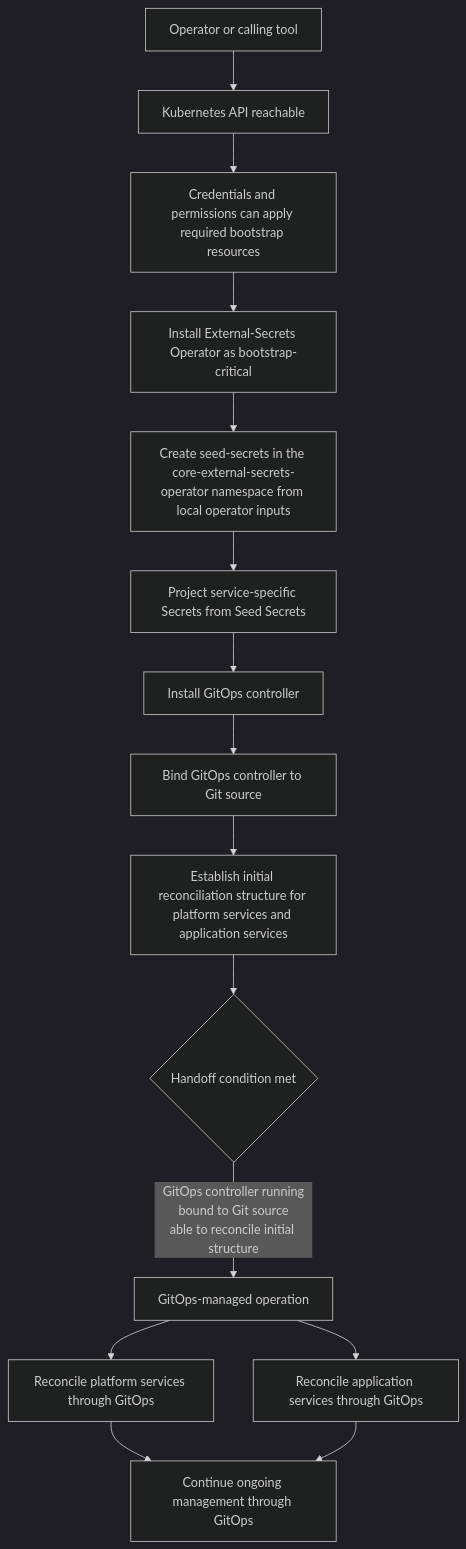
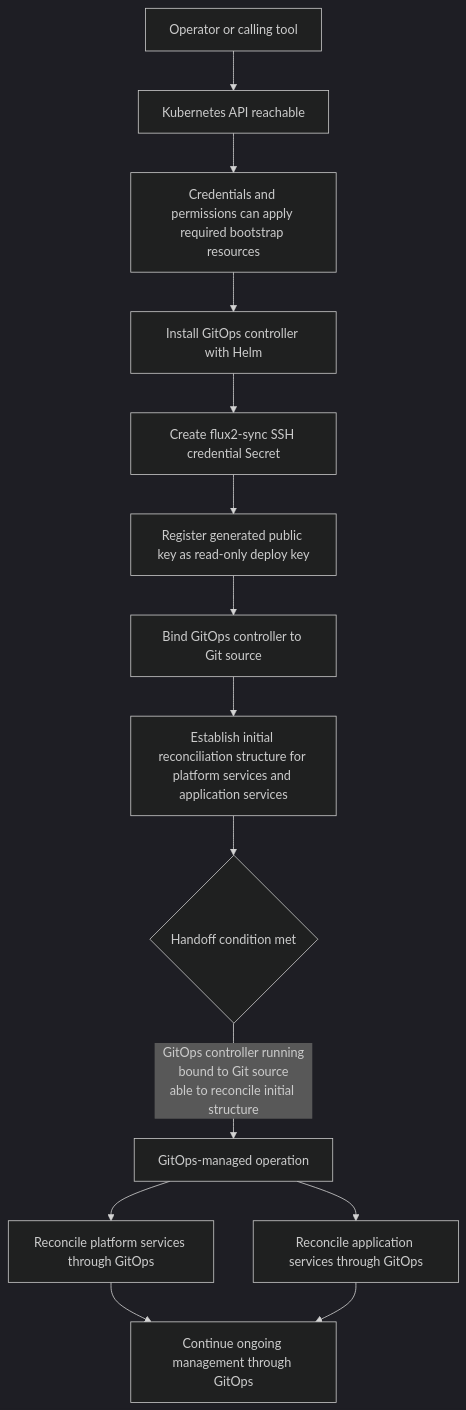
The diagram in docs/bootstrap-installation-contract.md (42aei/kubecrate), drawn with Mermaid (dark theme) before and after one commit. The commit also changed other lines of this file and 7 other files, not shown here.

````diff
--- a/docs/bootstrap-installation-contract.md
+++ b/docs/bootstrap-installation-contract.md
@@ -128,22 +128,21 @@
 ```mermaid
 flowchart TD
     A[Operator or calling tool]
     B[Kubernetes API reachable]
     C[Credentials and permissions can apply required bootstrap resources]
-    D[Install External-Secrets Operator as bootstrap-critical]
-    E[Create seed-secrets in the core-external-secrets-operator namespace from local operator inputs]
-    F[Project service-specific Secrets from Seed Secrets]
-    G[Install GitOps controller]
-    H[Bind GitOps controller to Git source]
-    I[Establish initial reconciliation structure for platform services and application services]
+    D[Install GitOps controller with Helm]
+    E[Create flux2-sync SSH credential Secret]
+    F[Register generated public key as read-only deploy key]
+    G[Bind GitOps controller to Git source]
+    H[Establish initial reconciliation structure for platform services and application services]
     J{Handoff condition met}
     K[GitOps-managed operation]
     L[Reconcile platform services through GitOps]
     M[Reconcile application services through GitOps]
     N[Continue ongoing management through GitOps]
 
-    A --> B --> C --> D --> E --> F --> G --> H --> I --> J
+    A --> B --> C --> D --> E --> F --> G --> H --> J
     J -->|GitOps controller running\nbound to Git source\nable to reconcile initial structure| K
     K --> L --> N
     K --> M --> N
 ```
````
